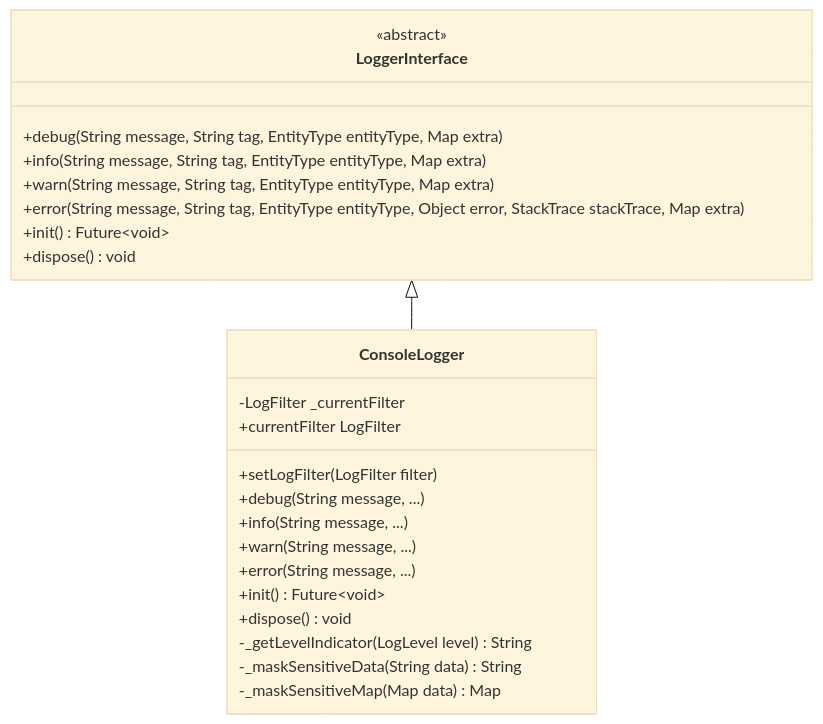
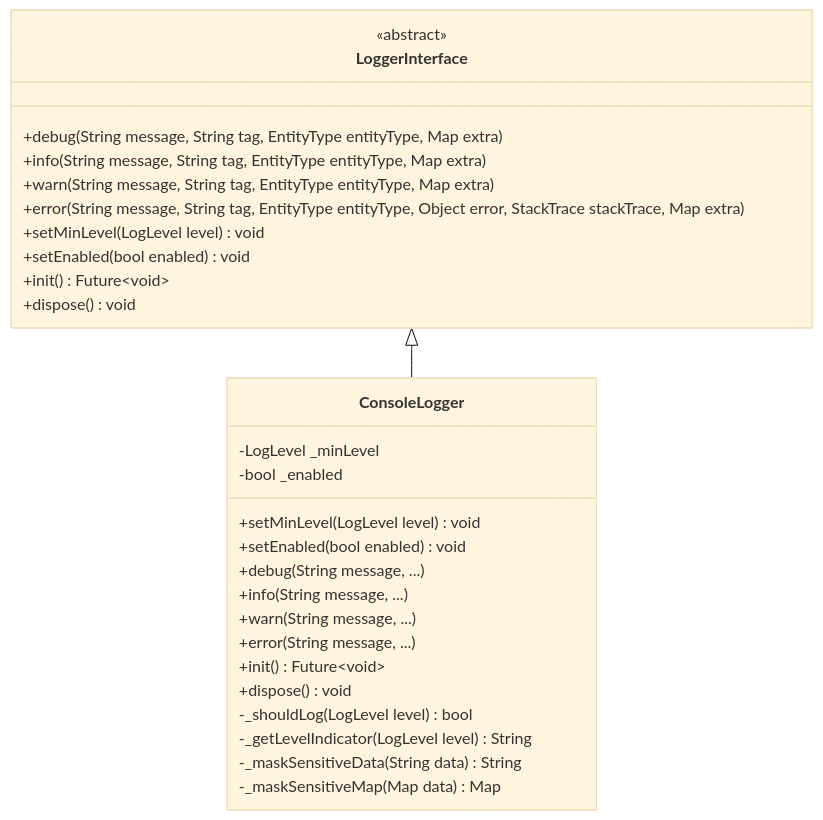
The first of 5 diagrams in docs/LOGGER_ARCHITECTURE.md (fabiobends/cribe), drawn with Mermaid (base theme) before and after one commit. The commit also changed other lines of this file and 9 other files, not shown here.

````diff
--- a/docs/LOGGER_ARCHITECTURE.md
+++ b/docs/LOGGER_ARCHITECTURE.md
@@ -13,29 +13,33 @@
 ```mermaid
 classDiagram
     class LoggerInterface {
         <<abstract>>
         +debug(String message, String tag, EntityType entityType, Map extra)
         +info(String message, String tag, EntityType entityType, Map extra)
         +warn(String message, String tag, EntityType entityType, Map extra)
         +error(String message, String tag, EntityType entityType, Object error, StackTrace stackTrace, Map extra)
+        +setMinLevel(LogLevel level) void
+        +setEnabled(bool enabled) void
         +init() Future~void~
         +dispose() void
     }
     
     class ConsoleLogger {
-        -LogFilter _currentFilter
-        +setLogFilter(LogFilter filter)
-        +currentFilter LogFilter
+        -LogLevel _minLevel
+        -bool _enabled
+        +setMinLevel(LogLevel level) void
+        +setEnabled(bool enabled) void
         +debug(String message, ...)
         +info(String message, ...)
         +warn(String message, ...)
         +error(String message, ...)
         +init() Future~void~
         +dispose() void
+        -_shouldLog(LogLevel level) bool
         -_getLevelIndicator(LogLevel level) String
         -_maskSensitiveData(String data) String
         -_maskSensitiveMap(Map data) Map
     }
     
     LoggerInterface <|-- ConsoleLogger
 ```
````
